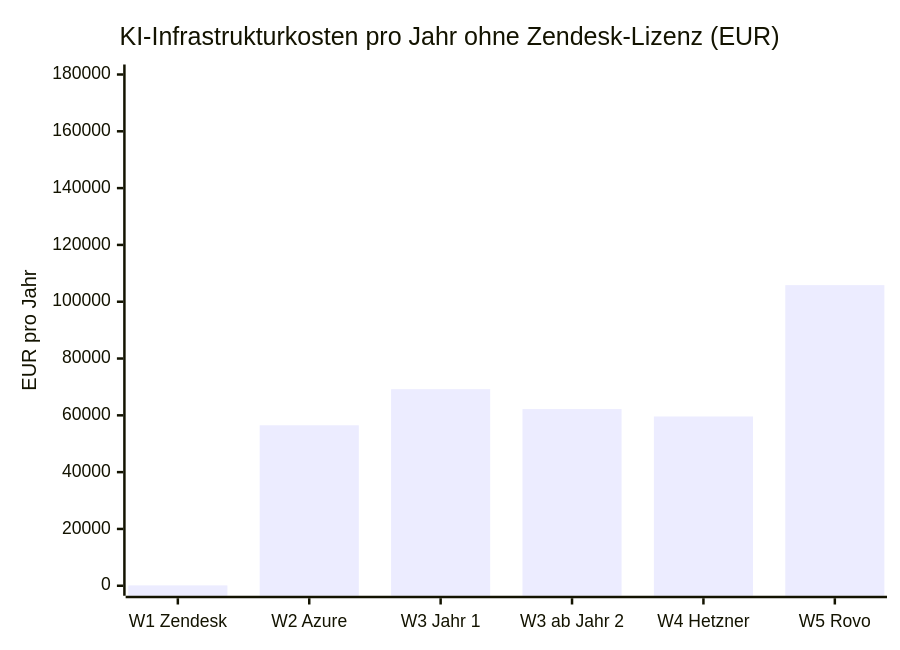
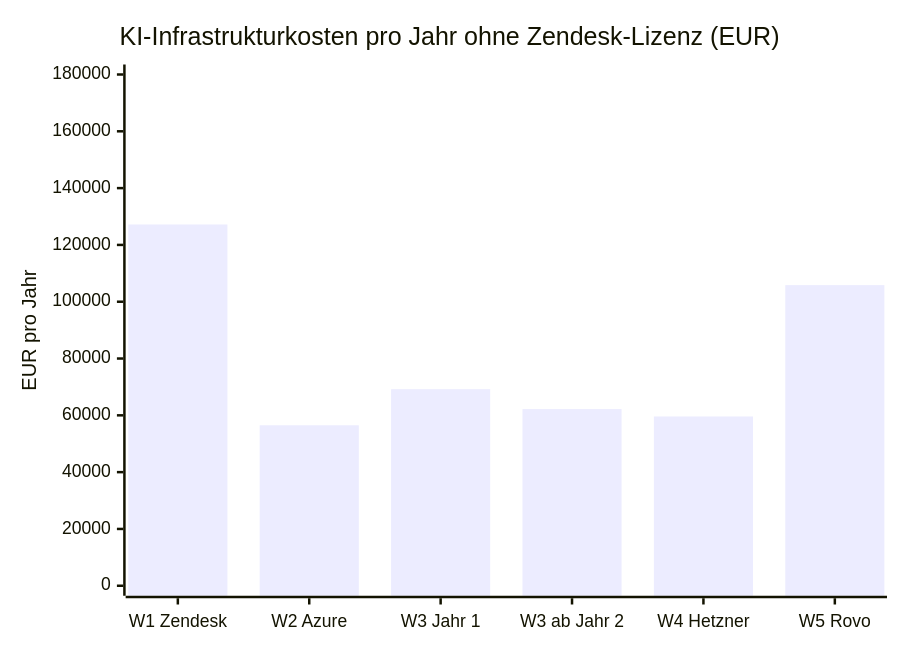
Before and after one commit to tekknix/zendesk-ai: diagram 12 of 12 in readme.md, drawn with Mermaid.

````diff
--- a/readme.md
+++ b/readme.md
@@ -281,7 +281,7 @@
 ```mermaid
 xychart-beta
     title "KI-Infrastrukturkosten pro Jahr ohne Zendesk-Lizenz (EUR)"
     x-axis ["W1 Zendesk", "W2 Azure", "W3 Jahr 1", "W3 ab Jahr 2", "W4 Hetzner", "W5 Rovo"]
     y-axis "EUR pro Jahr" 0 --> 180000
-    bar [127.200, 56500, 69200, 62200, 59600, 105840]
+    bar [127200, 56500, 69200, 62200, 59600, 105840]
 ```
````
